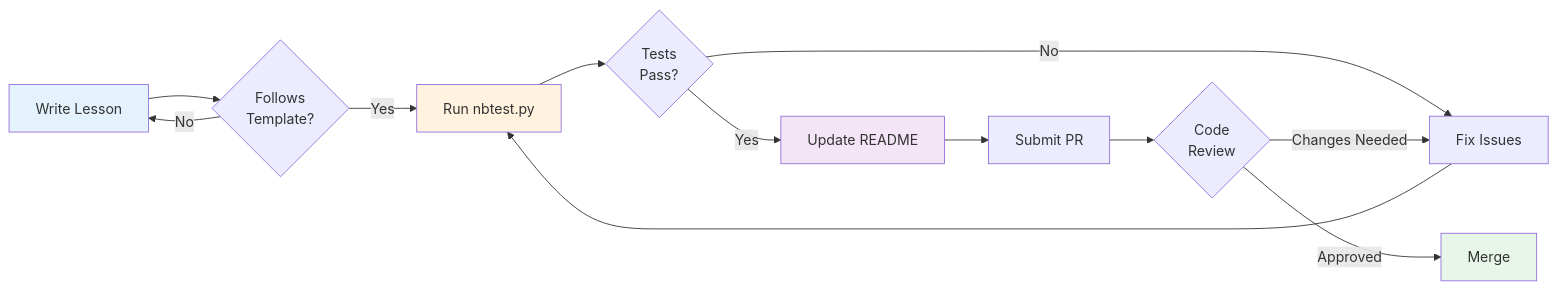
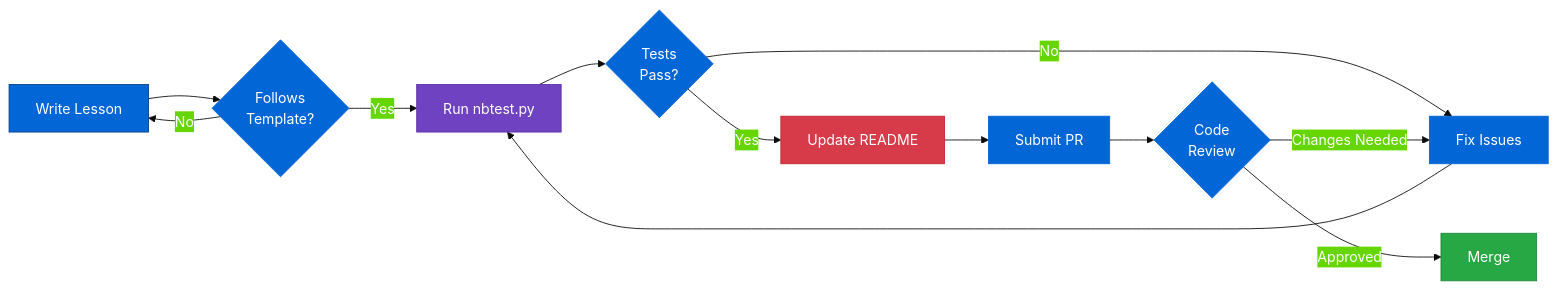
Diagram 15 of 21 in README.md (nexageapps/AI), drawn with Mermaid before and after one commit. The commit also changed other lines of this file and 1 other file, not shown here.

````diff
--- a/README.md
+++ b/README.md
@@ -617,21 +621,22 @@
 ```mermaid
+%%{init: {'theme':'base', 'themeVariables': {'primaryColor':'#0366d6','primaryTextColor':'#fff','primaryBorderColor':'#0366d6'}}}%%
 flowchart LR
     A[Write Lesson] --> B{Follows<br/>Template?}
     B -->|No| A
     B -->|Yes| C[Run nbtest.py]
     
     C --> D{Tests<br/>Pass?}
     D -->|No| E[Fix Issues]
     E --> C
     D -->|Yes| F[Update README]
     
     F --> G[Submit PR]
     G --> H{Code<br/>Review}
     H -->|Changes Needed| E
     H -->|Approved| I[Merge]
     
-    style A fill:#e3f2fd
-    style C fill:#fff3e0
-    style F fill:#f3e5f5
-    style I fill:#e8f5e9
+    style A fill:#0366d6,stroke:#044289,color:#fff
+    style C fill:#6f42c1,stroke:#5a32a3,color:#fff
+    style F fill:#d73a49,stroke:#cb2431,color:#fff
+    style I fill:#28a745,stroke:#22863a,color:#fff
 ```
````
